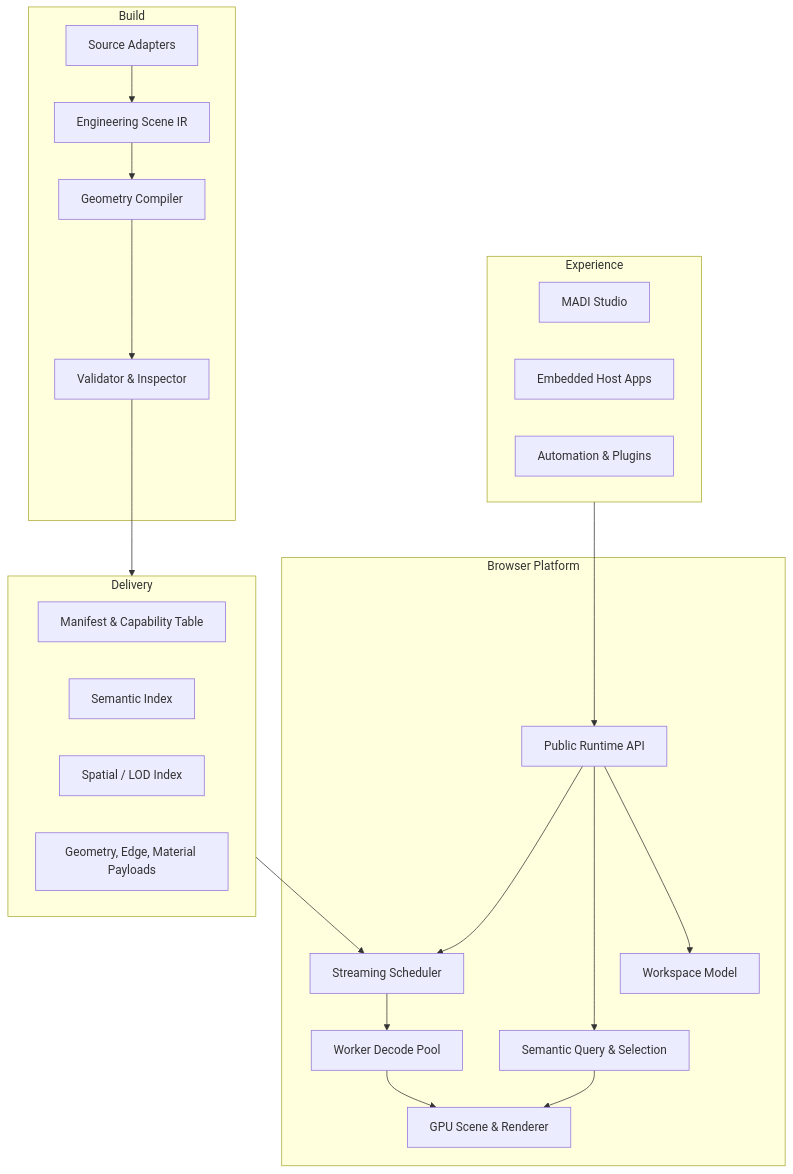
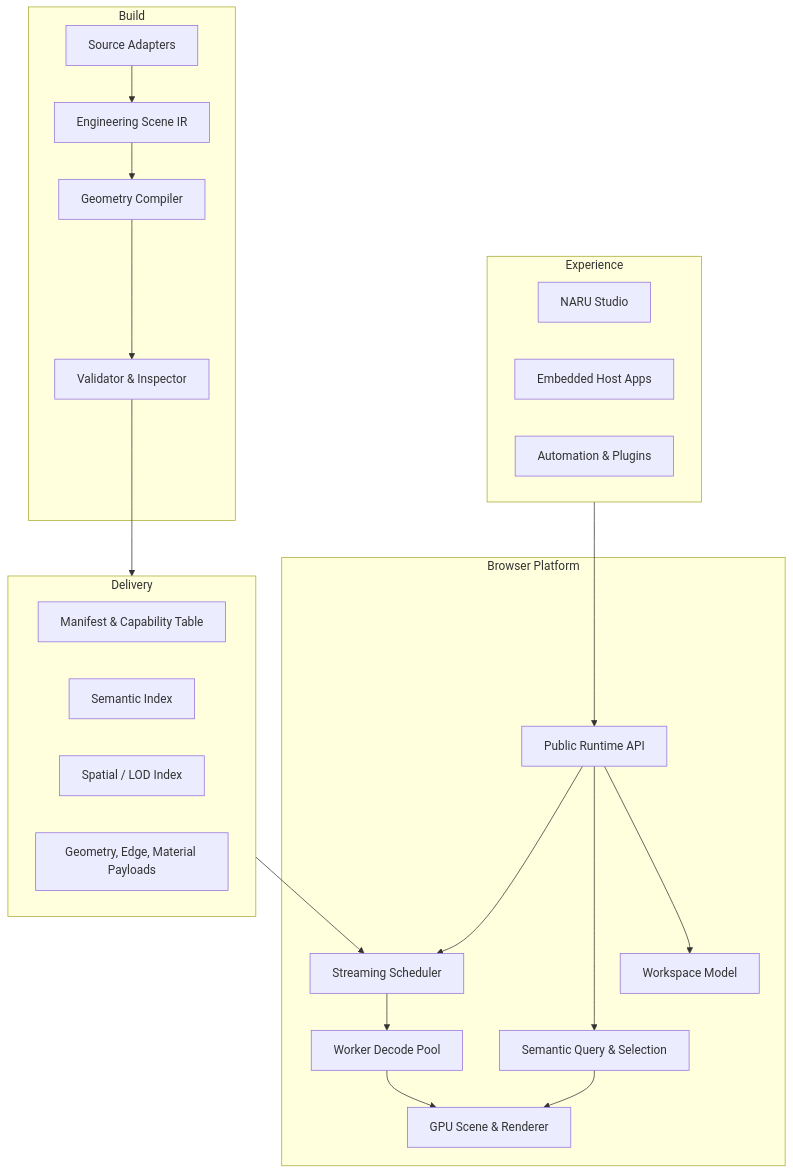
One commit to 1n01raymond/madi changed the second of 5 diagrams in docs/ARCHITECTURE.md. Above: the diagram before and after it, drawn with Mermaid. The commit also changed other lines of this file and 96 other files, not shown here.

First line of the commit message:
feat: rebrand MADI to NARU, freezing serialized identifiers (ADR-0007) (#37)

````diff
--- a/docs/ARCHITECTURE.md
+++ b/docs/ARCHITECTURE.md
@@ -54,40 +54,40 @@
 ```mermaid
 flowchart TB
     subgraph Experience
-      Studio[MADI Studio]
+      Studio[NARU Studio]
       Embed[Embedded Host Apps]
       Automation[Automation & Plugins]
     end
 
     subgraph Browser Platform
       API[Public Runtime API]
       Workspace[Workspace Model]
       Query[Semantic Query & Selection]
       Stream[Streaming Scheduler]
       Decode[Worker Decode Pool]
       GPU[GPU Scene & Renderer]
     end
 
     subgraph Delivery
       Manifest[Manifest & Capability Table]
       Sem[Semantic Index]
       Spatial[Spatial / LOD Index]
       Payload[Geometry, Edge, Material Payloads]
     end
 
     subgraph Build
       Adapter[Source Adapters]
       IR[Engineering Scene IR]
       Compiler[Geometry Compiler]
       Validate[Validator & Inspector]
     end
 
     Experience --> API
     API --> Workspace
     API --> Query
     API --> Stream
     Stream --> Decode --> GPU
     Query --> GPU
     Delivery --> Stream
     Adapter --> IR --> Compiler --> Validate --> Delivery
 ```
````
